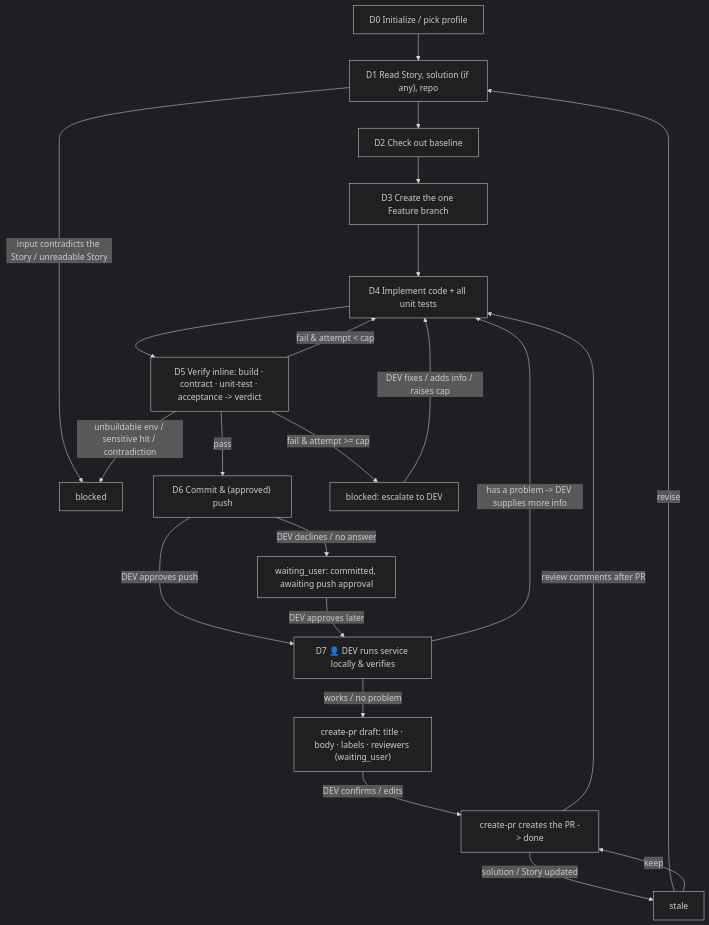
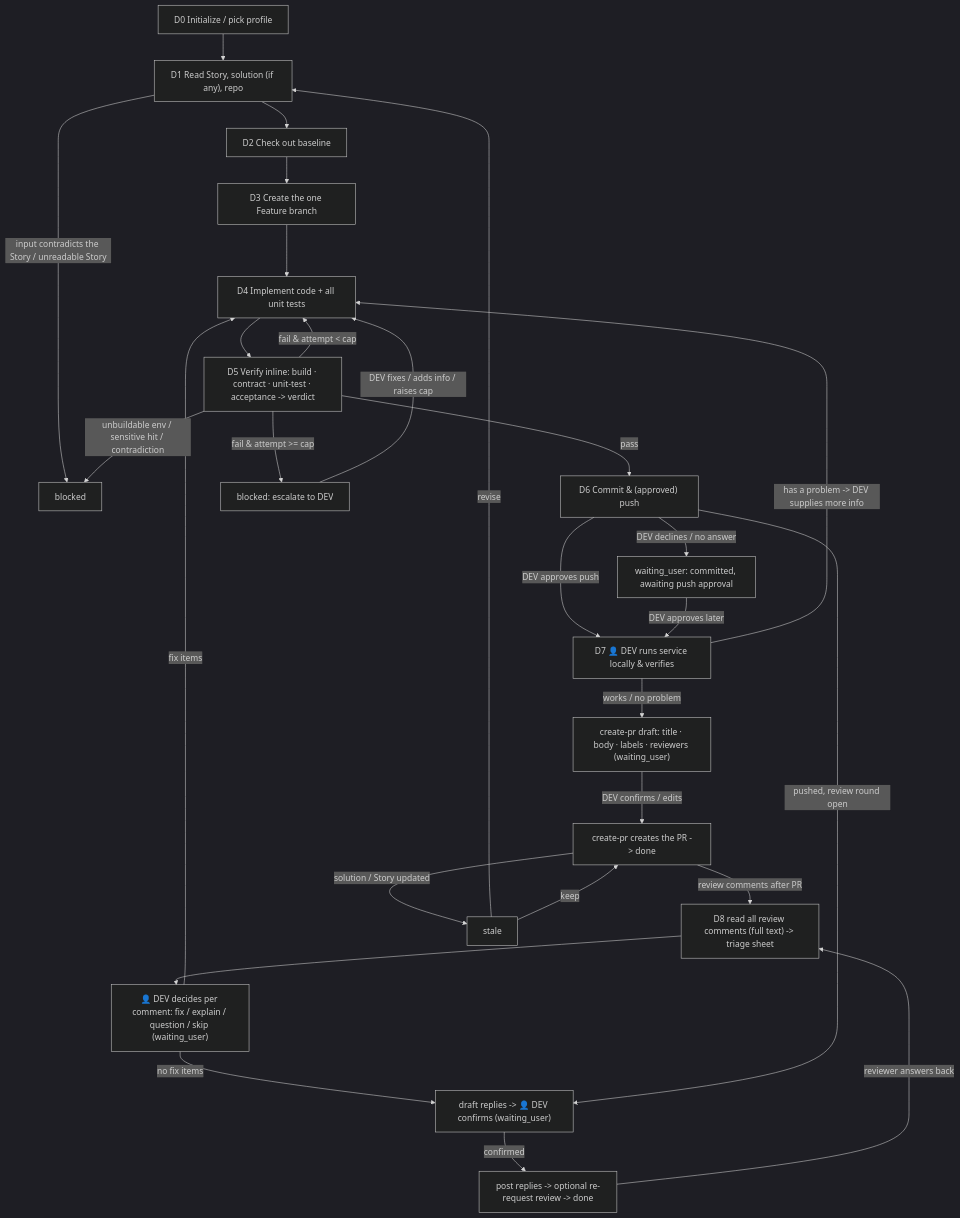
The diagram in .cursor/agents/dev-agent.md (mjz-kevin/marriott), drawn with Mermaid (dark theme) before and after one commit. The commit also changed other lines of this file and 14 other files, not shown here.

````diff
--- a/.cursor/agents/dev-agent.md
+++ b/.cursor/agents/dev-agent.md
@@ -245,24 +266,30 @@
 ```mermaid
 flowchart TD
     D0["D0 Initialize / pick profile"] --> D1["D1 Read Story, solution (if any), repo"]
     D1 -->|"input contradicts the Story / unreadable Story"| B["blocked"]
     D1 --> D2["D2 Check out baseline"]
     D2 --> D3["D3 Create the one Feature branch"]
     D3 --> D4["D4 Implement code + all unit tests"]
     D4 --> D5["D5 Verify inline: build · contract · unit-test · acceptance -> verdict"]
     D5 -->|"pass"| D6["D6 Commit & (approved) push"]
     D5 -->|"fail & attempt < cap"| D4
     D5 -->|"fail & attempt >= cap"| ESC["blocked: escalate to DEV"]
     D5 -->|"unbuildable env / sensitive hit / contradiction"| B
     ESC -->|"DEV fixes / adds info / raises cap"| D4
     D6 -->|"DEV approves push"| D7["D7 👤 DEV runs service locally & verifies"]
     D6 -->|"DEV declines / no answer"| WP["waiting_user: committed, awaiting push approval"]
     WP -->|"DEV approves later"| D7
     D7 -->|"works / no problem"| PC["create-pr draft: title · body · labels · reviewers (waiting_user)"]
     PC -->|"DEV confirms / edits"| PR["create-pr creates the PR -> done"]
     D7 -->|"has a problem -> DEV supplies more info"| D4
-    PR -->|"review comments after PR"| D4
+    PR -->|"review comments after PR"| RF["D8 read all review comments (full text) -> triage sheet"]
+    RF --> RD["👤 DEV decides per comment: fix / explain / question / skip (waiting_user)"]
+    RD -->|"fix items"| D4
+    RD -->|"no fix items"| RC["draft replies -> 👤 DEV confirms (waiting_user)"]
+    D6 -->|"pushed, review round open"| RC
+    RC -->|"confirmed"| RP["post replies -> optional re-request review -> done"]
+    RP -->|"reviewer answers back"| RF
     PR -->|"solution / Story updated"| ST["stale"]
     ST -->|"revise"| D1
     ST -->|"keep"| PR
 ```
````
